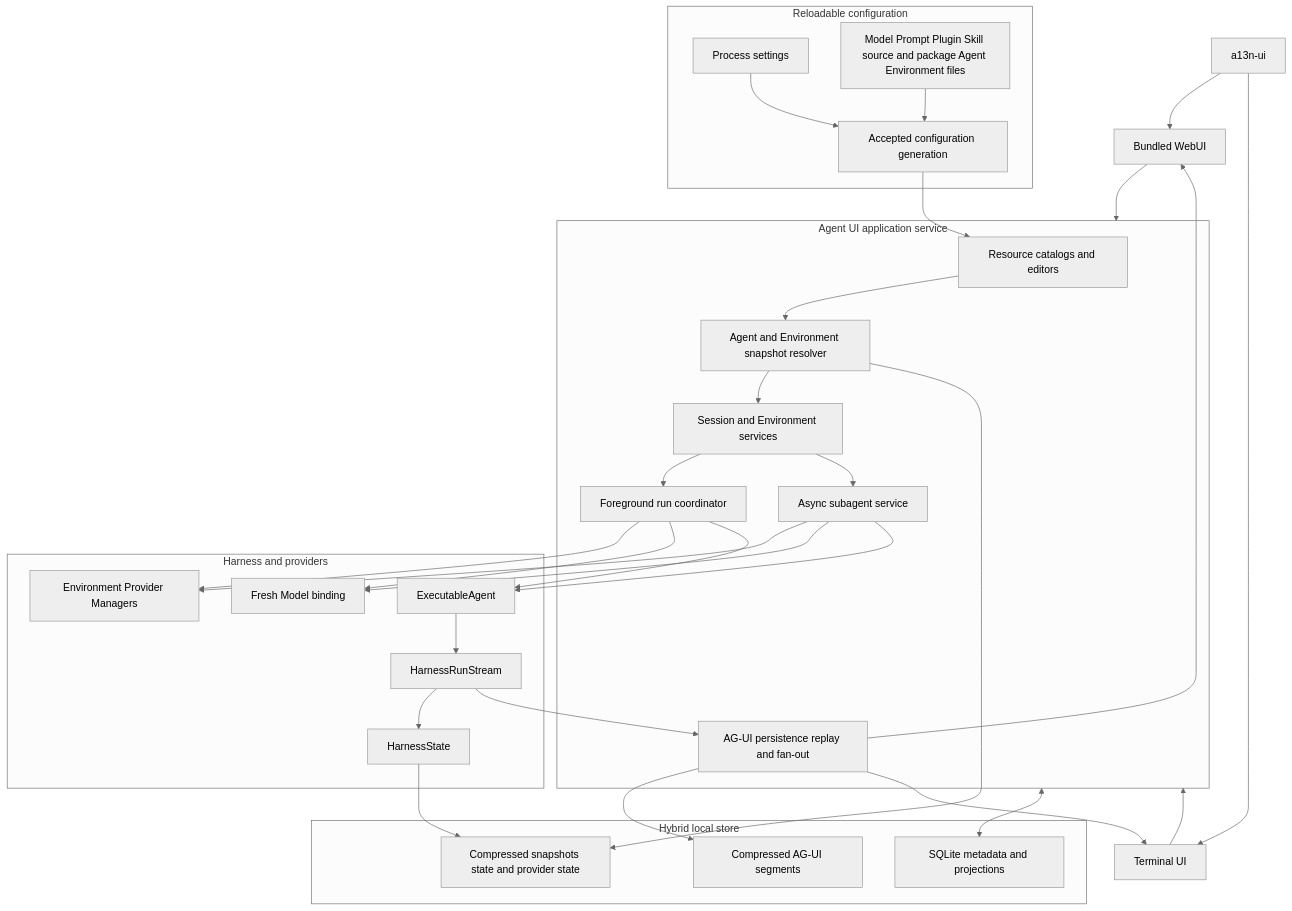
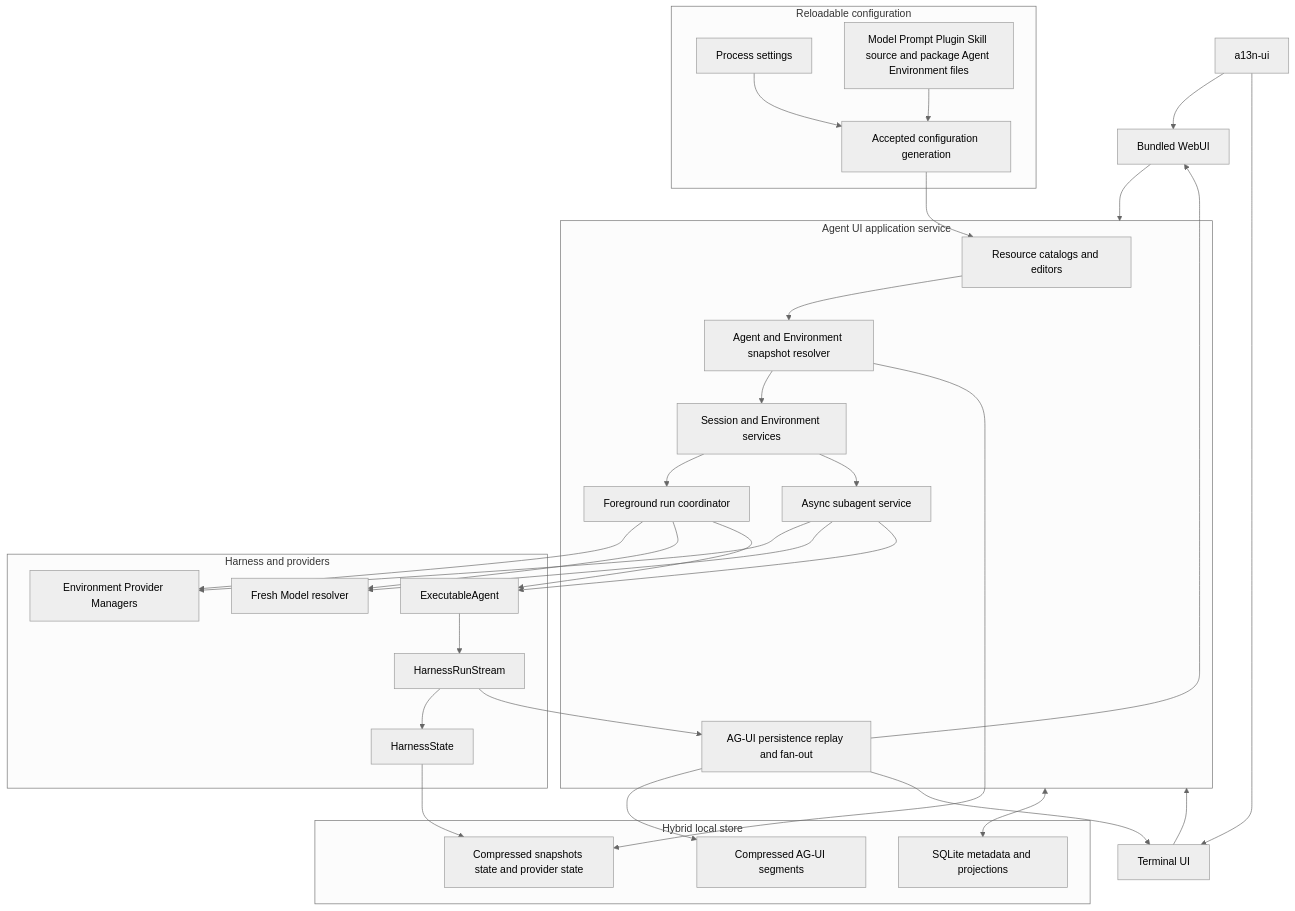
Before and after one commit to LTThreeComma/agent-foundation: the second of 3 diagrams in spec/agent-ui/00-overview.md, drawn with Mermaid (neutral theme). The commit also changed 115 other files, not shown here.

````diff
--- a/spec/agent-ui/00-overview.md
+++ b/spec/agent-ui/00-overview.md
@@ -73,51 +73,51 @@
 ```mermaid
 flowchart TB
     CLI[a13n-ui]
     Web[Bundled WebUI]
     TUI[Terminal UI]
 
     subgraph Configuration[Reloadable configuration]
         Settings[Process settings]
         Definitions[Model Prompt Plugin Skill source and package Agent Environment files]
         Generation[Accepted configuration generation]
     end
 
     subgraph App[Agent UI application service]
         Catalogs[Resource catalogs and editors]
         Resolver[Agent and Environment snapshot resolver]
         Sessions[Session and Environment services]
         Runs[Foreground run coordinator]
         Jobs[Async subagent service]
         Events[AG-UI persistence replay and fan-out]
     end
 
     subgraph Store[Hybrid local store]
         DB[SQLite metadata and projections]
         Objects[Compressed snapshots state and provider state]
         Segments[Compressed AG-UI segments]
     end
 
     subgraph Runtime[Harness and providers]
         Provider[Environment Provider Managers]
-        Model[Fresh Model binding]
+        Model[Fresh Model resolver]
         Executable[ExecutableAgent]
         Stream[HarnessRunStream]
         State[HarnessState]
     end
 
     Settings & Definitions --> Generation --> Catalogs
     CLI --> Web
     CLI --> TUI
     Web & TUI --> App
     Catalogs --> Resolver
     Resolver --> Sessions
     Sessions --> Runs & Jobs
     App <--> DB
     Resolver --> Objects
     Runs & Jobs --> Provider
     Runs & Jobs --> Model
     Runs & Jobs --> Executable --> Stream --> State
     State --> Objects
     Stream --> Events --> Segments
     Events --> Web & TUI
 ```
````
